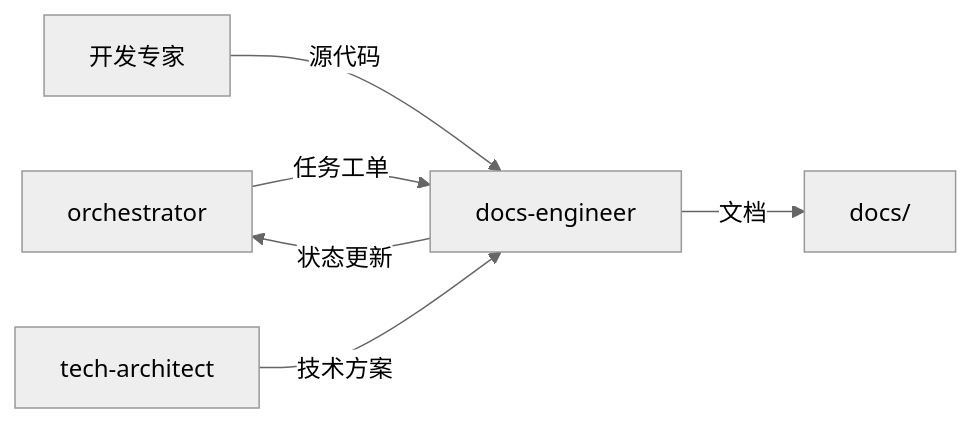
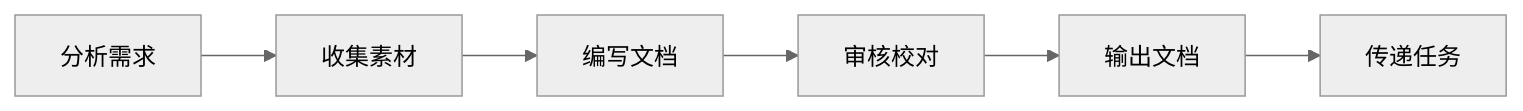
The diagram in skills/docs-engineer/SKILL.md (Tooooommy/Trae-Workflow), drawn with Mermaid (neutral theme) before and after one commit. The commit also changed other lines of this file and 8 other files, not shown here.

````diff
--- a/skills/docs-engineer/SKILL.md
+++ b/skills/docs-engineer/SKILL.md
@@ -63,8 +62,8 @@
 ```mermaid
 flowchart LR
-    A[orchestrator] -->|任务工单| B[docs-engineer]
-    C[开发专家] -->|源代码| B
-    D[tech-architect] -->|技术方案| B
-    B -->|文档| E[docs/]
-    B -->|状态更新| A
+    A[分析需求] --> B[收集素材]
+    B --> C[编写文档]
+    C --> D[审核校对]
+    D --> E[输出文档]
+    E --> F[传递任务]
 ```
````
